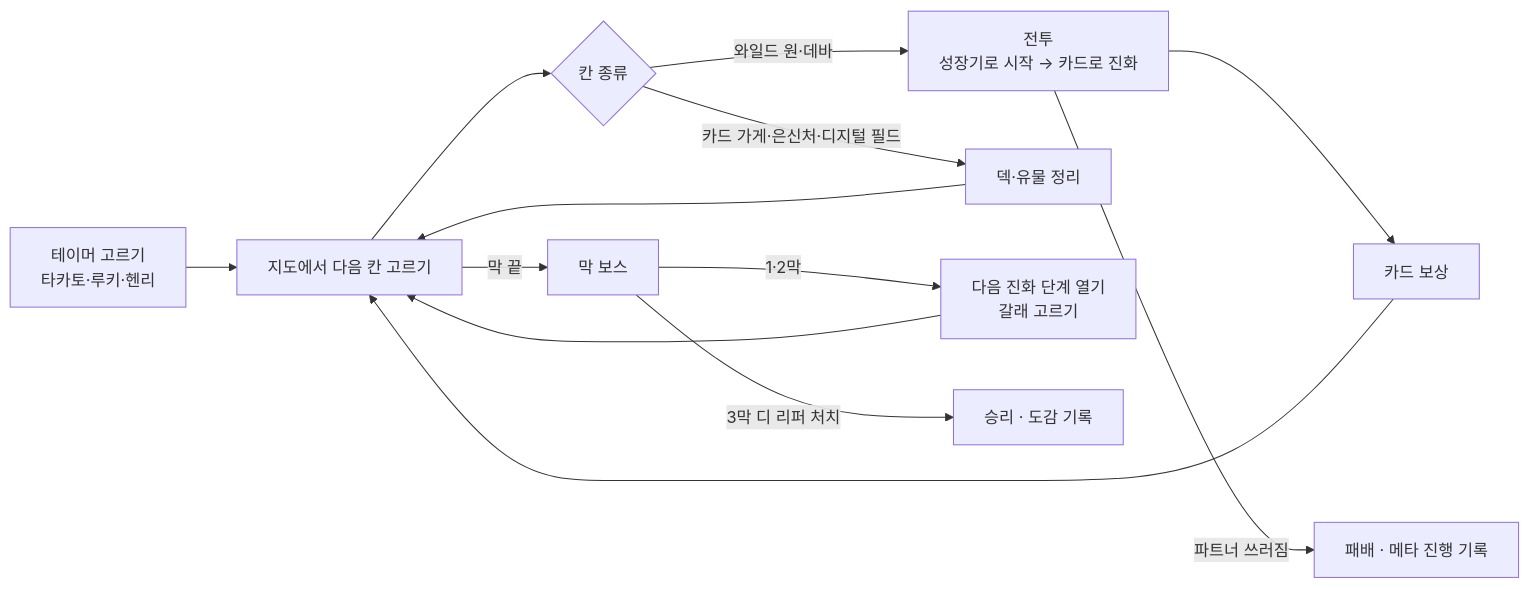
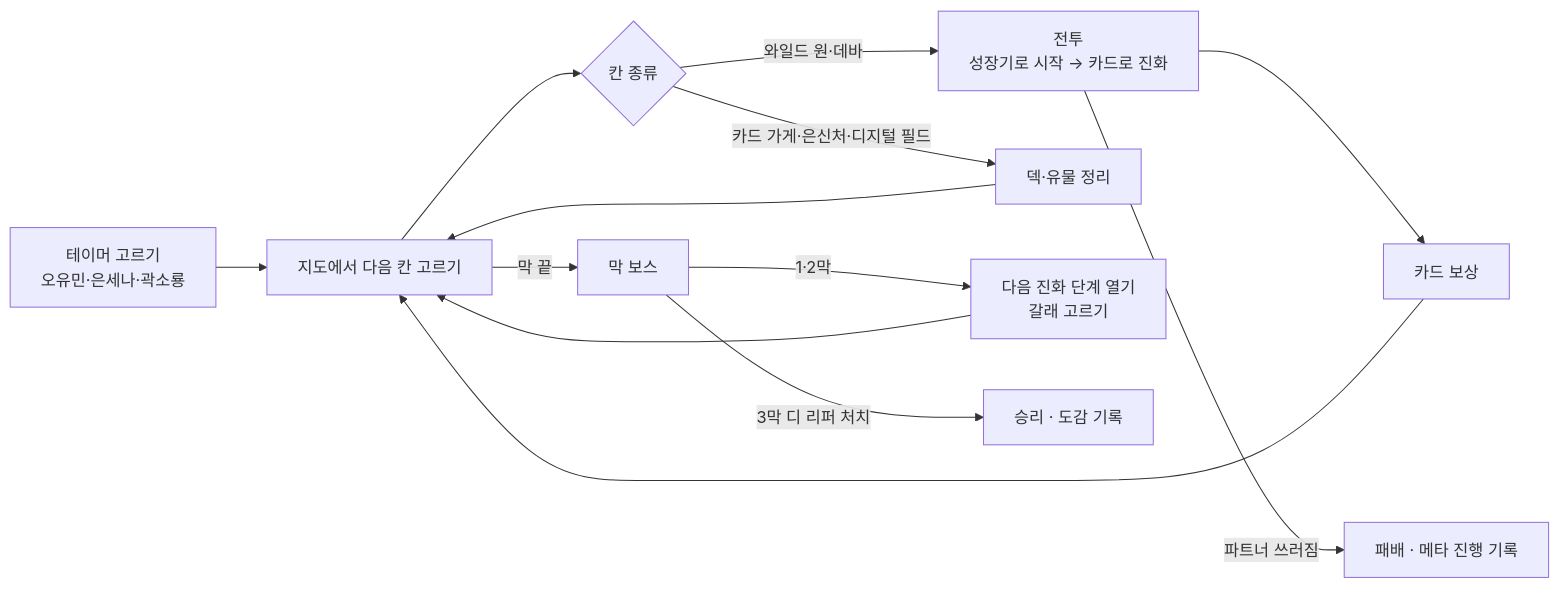
The first of 2 diagrams in docs/01_GAME_DESIGN_DRAFT.md (aud9855/digimon-tamers-blue-card), drawn with Mermaid before and after one commit. The commit also changed other lines of this file and 1 other file, not shown here.

````diff
--- a/docs/01_GAME_DESIGN_DRAFT.md
+++ b/docs/01_GAME_DESIGN_DRAFT.md
@@ -77,15 +104,15 @@
 ```mermaid
 flowchart LR
-    A[테이머 고르기<br/>타카토·루키·헨리] --> B[지도에서 다음 칸 고르기]
+    A[테이머 고르기<br/>오유민·은세나·곽소룡] --> B[지도에서 다음 칸 고르기]
     B --> C{칸 종류}
     C -->|와일드 원·데바| D[전투<br/>성장기로 시작 → 카드로 진화]
     C -->|카드 가게·은신처·디지털 필드| E[덱·유물 정리]
     D --> F[카드 보상]
     F --> B
     E --> B
     B -->|막 끝| I[막 보스]
     I -->|1·2막| H[다음 진화 단계 열기<br/>갈래 고르기]
     H --> B
     I -->|3막 디 리퍼 처치| J[승리 · 도감 기록]
     D -->|파트너 쓰러짐| K[패배 · 메타 진행 기록]
 ```
````
